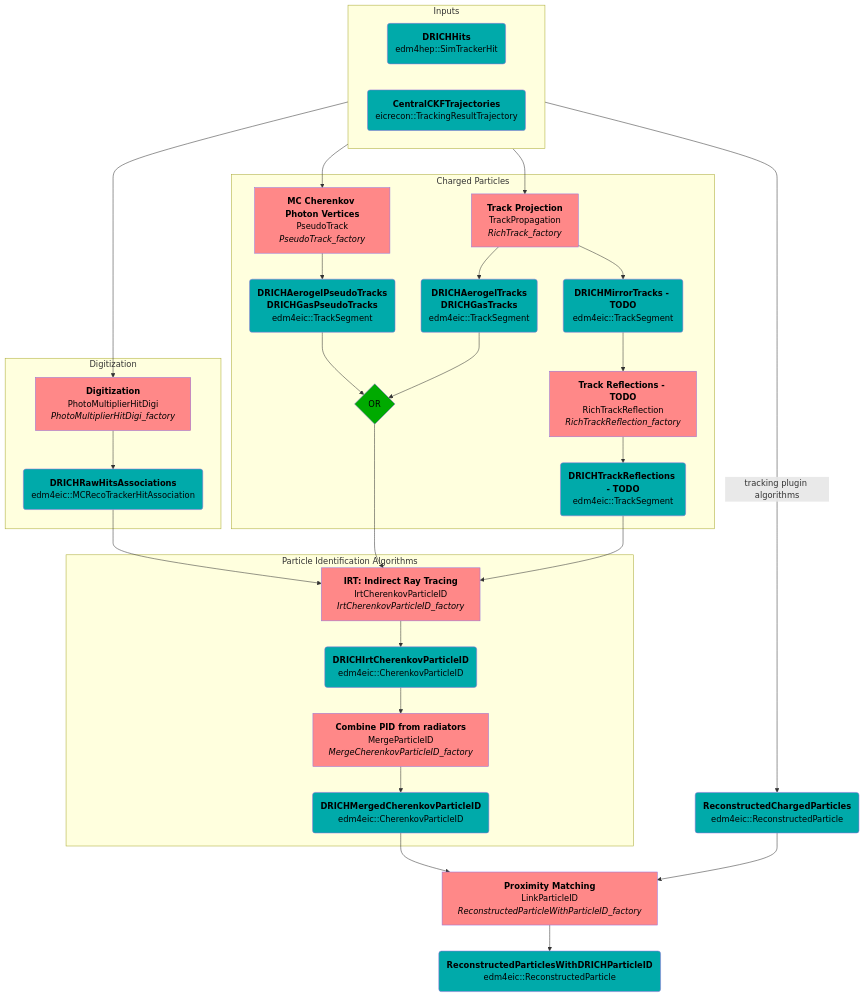
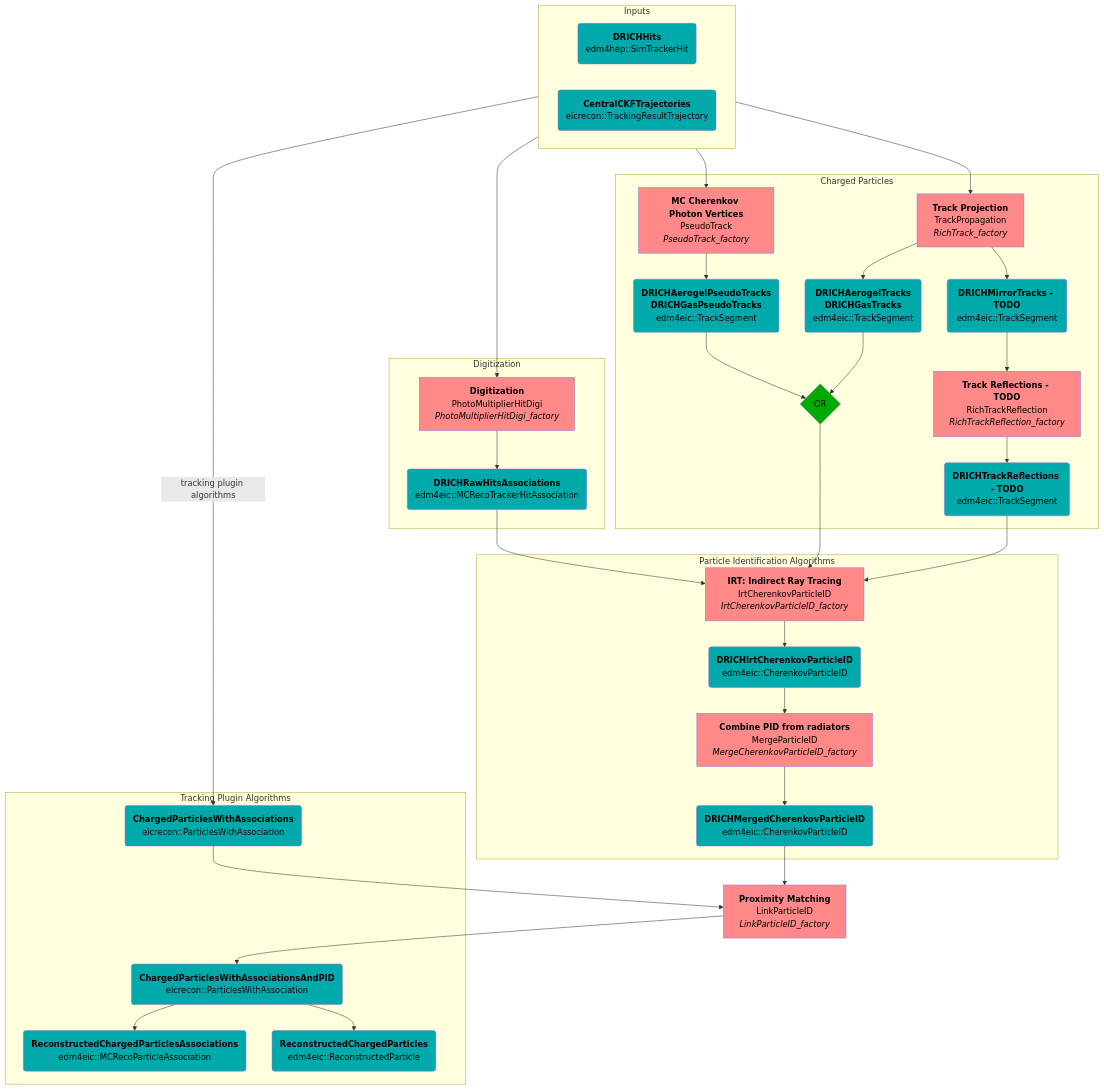
The second of 5 diagrams in src/detectors/DRICH/README.md (eic/EICrecon), drawn with Mermaid before and after one commit.

Commit message:
doc: update PID linking

````diff
--- a/src/detectors/DRICH/README.md
+++ b/src/detectors/DRICH/README.md
@@ -27,8 +27,6 @@
     SimHits(<strong>DRICHHits</strong><br/>edm4hep::SimTrackerHit):::col
     Trajectories(<strong>CentralCKFTrajectories</strong><br/>eicrecon::TrackingResultTrajectory):::col
   end
-  ReconstructedChargedParticles(<strong>ReconstructedChargedParticles</strong><br/>edm4eic::ReconstructedParticle):::col
-
 
   subgraph Digitization
     DigiAlg[<strong>Digitization</strong><br/>PhotoMultiplierHitDigi<br><i>PhotoMultiplierHitDigi_factory</i>]:::alg
@@ -57,8 +55,13 @@
     MergePID(<strong>DRICHMergedCherenkovParticleID</strong><br/>edm4eic::CherenkovParticleID):::col
   end
 
-  ProxMatch[<strong>Proximity Matching</strong><br/>LinkParticleID<br><i>ReconstructedParticleWithParticleID_factory</i>]:::alg
-  ReconstructedParticles(<strong>ReconstructedParticlesWithDRICHParticleID</strong><br/>edm4eic::ReconstructedParticle):::col
+  ProxMatch[<strong>Proximity Matching</strong><br/>LinkParticleID<br><i>LinkParticleID_factory</i>]:::alg
+  subgraph Tracking Plugin Algorithms
+    ReconAssocs(<strong>ChargedParticlesWithAssociations</strong><br/>eicrecon::ParticlesWithAssociation):::col
+    ReconAssocsPID(<strong>ChargedParticlesWithAssociationsAndPID</strong><br/>eicrecon::ParticlesWithAssociation):::col
+    ReconAssocsFinal(<strong>ReconstructedChargedParticlesAssociations</strong><br/>edm4eic::MCRecoParticleAssociation):::col
+    ReconFinal(<strong>ReconstructedChargedParticles</strong><br/>edm4eic::ReconstructedParticle):::col
+  end
 
   %%-----------------
   %% Edges
@@ -88,8 +91,10 @@
   Merge --> MergePID
 
   %% linking
-  Trajectories -- tracking plugin algorithms --> ReconstructedChargedParticles
+  Trajectories -- tracking plugin algorithms --> ReconAssocs
   MergePID --> ProxMatch
-  ReconstructedChargedParticles --> ProxMatch
-  ProxMatch --> ReconstructedParticles
+  ReconAssocs --> ProxMatch
+  ProxMatch --> ReconAssocsPID
+  ReconAssocsPID --> ReconAssocsFinal
+  ReconAssocsPID --> ReconFinal
 ```
````
